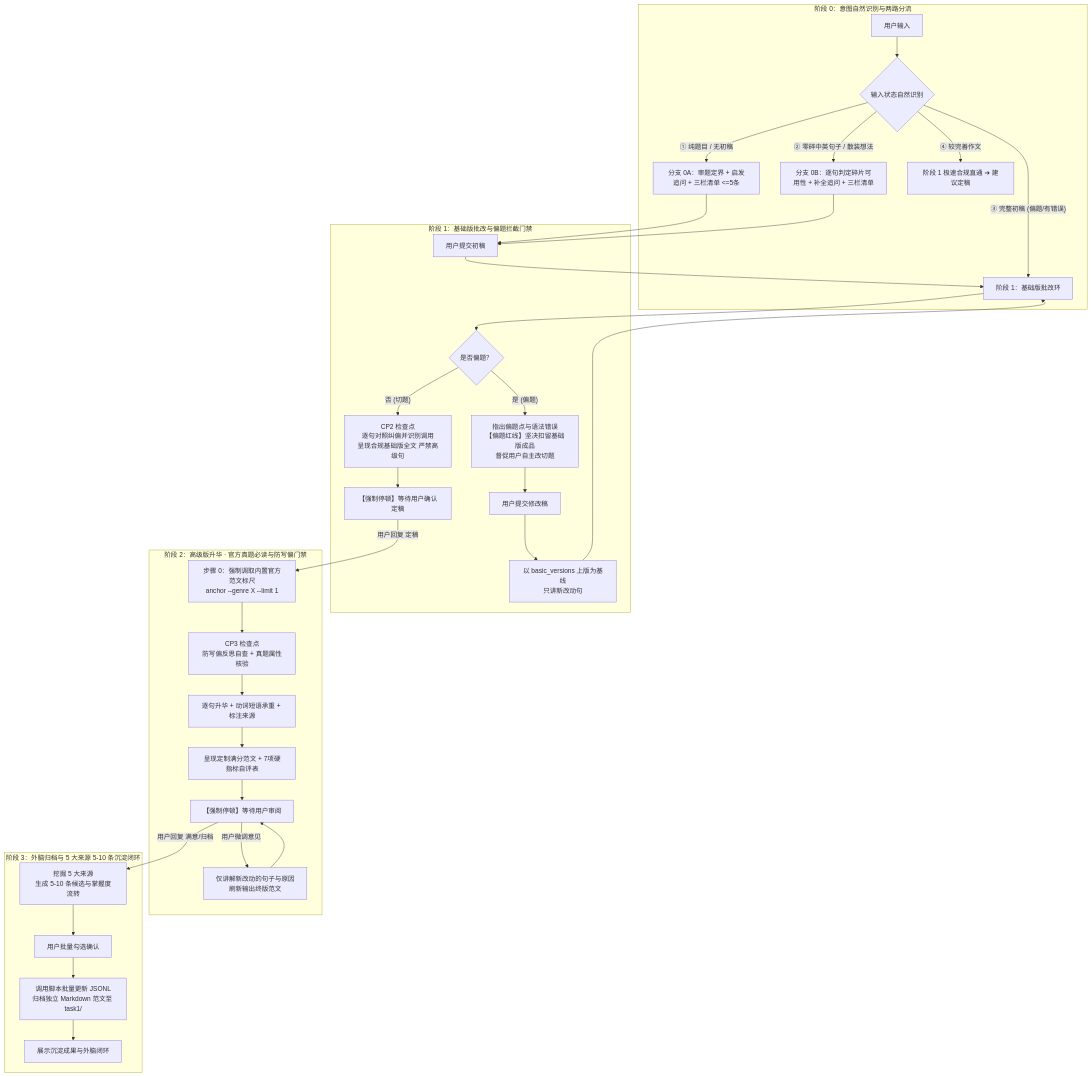
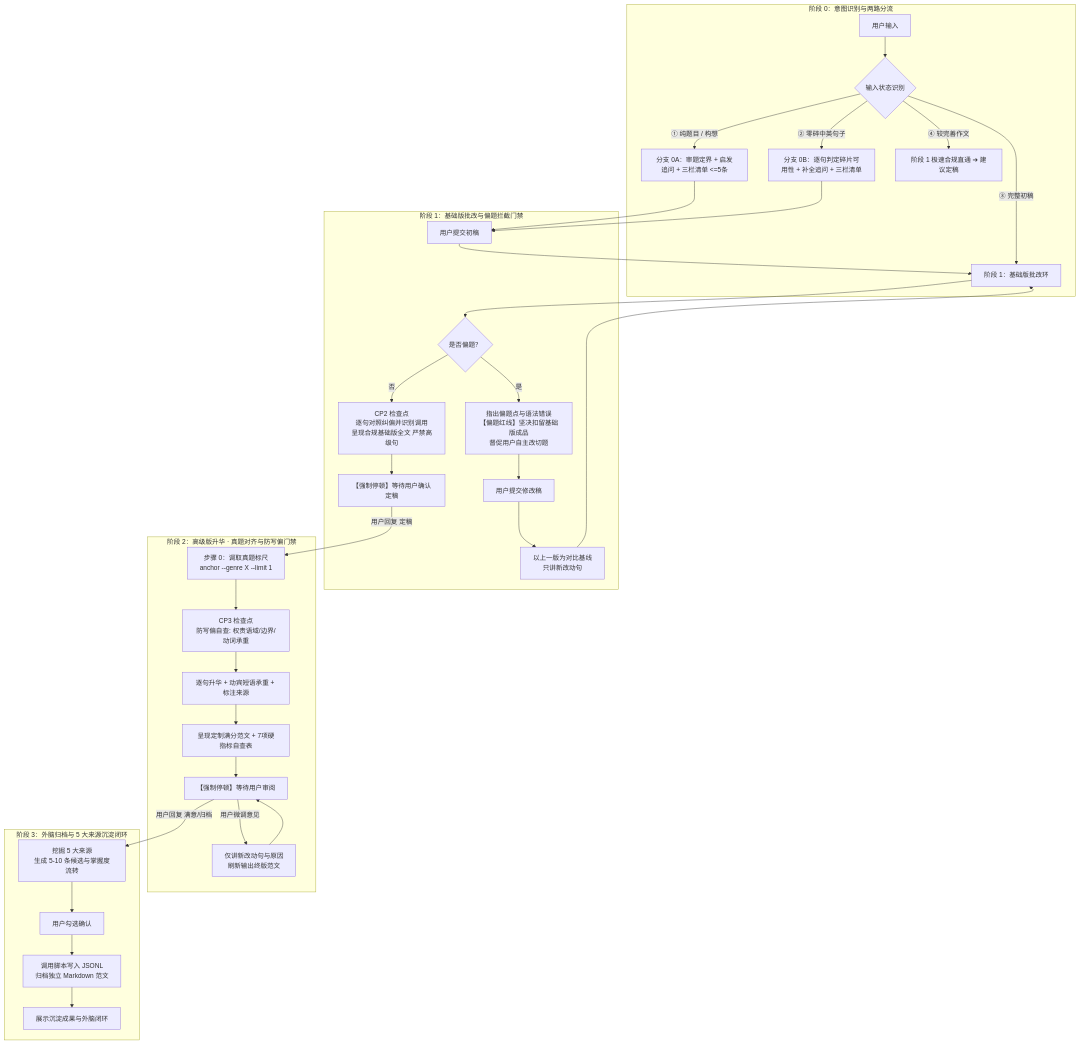
The diagram in SKILL.md (Fuchen-Xiaoxing/free-kaoyan-practical-writing), drawn with Mermaid before and after one commit. The commit also changed other lines of this file and 3 other files, not shown here.

````diff
--- a/SKILL.md
+++ b/SKILL.md
@@ -73,40 +75,40 @@
 ```mermaid
 flowchart TD
-    subgraph S0 [阶段 0：意图自然识别与两路分流]
-        In[用户输入] --> Judge{输入状态自然识别}
-        Judge -- ① 纯题目 / 无初稿 --> P0_A[分支 0A：审题定界 + 启发追问 + 三栏清单 <=5条]
-        Judge -- ② 零碎中英句子 / 散装想法 --> P0_B[分支 0B：逐句判定碎片可用性 + 补全追问 + 三栏清单]
-        Judge -- ③ 完整初稿 (偏题/有错误) --> P1[阶段 1：基础版批改环]
+    subgraph S0 [阶段 0：意图识别与两路分流]
+        In[用户输入] --> Judge{输入状态识别}
+        Judge -- ① 纯题目 / 构想 --> P0_A[分支 0A：审题定界 + 启发追问 + 三栏清单 <=5条]
+        Judge -- ② 零碎中英句子 --> P0_B[分支 0B：逐句判定碎片可用性 + 补全追问 + 三栏清单]
+        Judge -- ③ 完整初稿 --> P1[阶段 1：基础版批改环]
         Judge -- ④ 较完善作文 --> P1_Fast[阶段 1 极速合规直通 ➔ 建议定稿]
     end
 
     subgraph S1 [阶段 1：基础版批改与偏题拦截门禁]
         P0_A --> UserDraft[用户提交初稿]
         P0_B --> UserDraft
         UserDraft --> P1
         P1 --> TopicCheck{是否偏题？}
-        TopicCheck -- 是 (偏题) --> OffTopicReject[指出偏题点与语法错误<br>【偏题红线】坚决扣留基础版成品<br>督促用户自主改切题]
+        TopicCheck -- 是 --> OffTopicReject[指出偏题点与语法错误<br>【偏题红线】坚决扣留基础版成品<br>督促用户自主改切题]
         OffTopicReject --> UserRevise[用户提交修改稿]
-        UserRevise --> MultiTurnBasic[以 basic_versions 上版为基线<br>只讲新改动句]
+        UserRevise --> MultiTurnBasic[以上一版为对比基线<br>只讲新改动句]
         MultiTurnBasic --> P1
-        TopicCheck -- 否 (切题) --> SentCheck[CP2 检查点<br>逐句对照纠偏并识别调用<br>呈现合规基础版全文 严禁高级句]
+        TopicCheck -- 否 --> SentCheck[CP2 检查点<br>逐句对照纠偏并识别调用<br>呈现合规基础版全文 严禁高级句]
         SentCheck --> WaitBasic[【强制停顿】等待用户确认定稿]
     end
 
-    subgraph S2 [阶段 2：高级版升华 · 官方真题必读与防写偏门禁]
-        WaitBasic -- 用户回复 定稿 --> AnchorRead[步骤 0：强制调取内置官方范文标尺<br>anchor --genre X --limit 1]
-        AnchorRead --> CP3[CP3 检查点<br>防写偏反思自查 + 真题属性核验]
-        CP3 --> Elevate[逐句升华 + 动词短语承重 + 标注来源]
-        Elevate --> ElevateFinal[呈现定制满分范文 + 7项硬指标自评表]
+    subgraph S2 [阶段 2：高级版升华 · 真题对齐与防写偏门禁]
+        WaitBasic -- 用户回复 定稿 --> AnchorRead[步骤 0：调取真题标尺<br>anchor --genre X --limit 1]
+        AnchorRead --> CP3[CP3 检查点<br>防写偏自查: 权责语域/边界/动词承重]
+        CP3 --> Elevate[逐句升华 + 动宾短语承重 + 标注来源]
+        Elevate --> ElevateFinal[呈现定制满分范文 + 7项硬指标自查表]
         ElevateFinal --> WaitAdvanced[【强制停顿】等待用户审阅]
-        WaitAdvanced -- 用户微调意见 --> MultiTurnElevate[仅讲解新改动的句子与原因<br>刷新输出终版范文]
+        WaitAdvanced -- 用户微调意见 --> MultiTurnElevate[仅讲新改动句与原因<br>刷新输出终版范文]
         MultiTurnElevate --> WaitAdvanced
     end
 
-    subgraph S3 [阶段 3：外脑归档与 5 大来源 5-10 条沉淀闭环]
+    subgraph S3 [阶段 3：外脑归档与 5 大来源沉淀闭环]
         WaitAdvanced -- 用户回复 满意/归档 --> CandidateGen[挖掘 5 大来源<br>生成 5-10 条候选与掌握度流转]
-        CandidateGen --> UserBatchConfirm[用户批量勾选确认]
-        UserBatchConfirm --> ScriptExec[调用脚本批量更新 JSONL<br>归档独立 Markdown 范文至 task1/]
+        CandidateGen --> UserBatchConfirm[用户勾选确认]
+        UserBatchConfirm --> ScriptExec[调用脚本写入 JSONL<br>归档独立 Markdown 范文]
         ScriptExec --> EndNode[展示沉淀成果与外脑闭环]
     end
 ```
````
